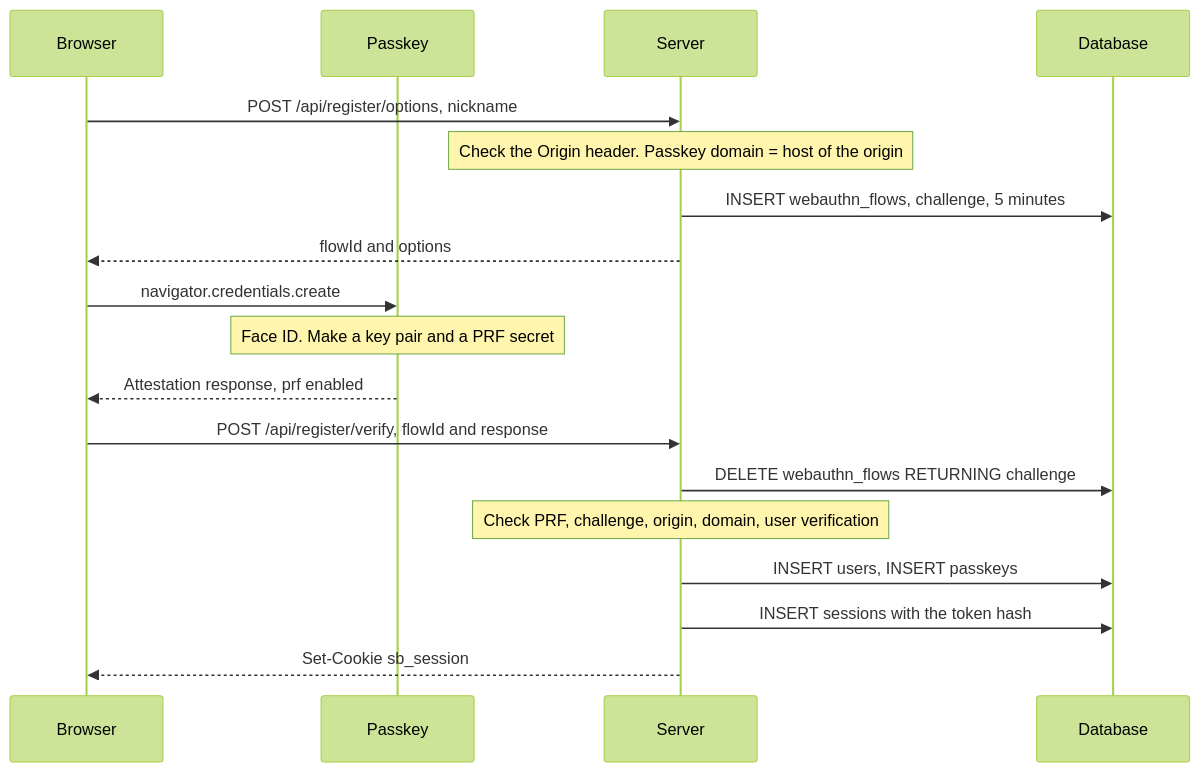
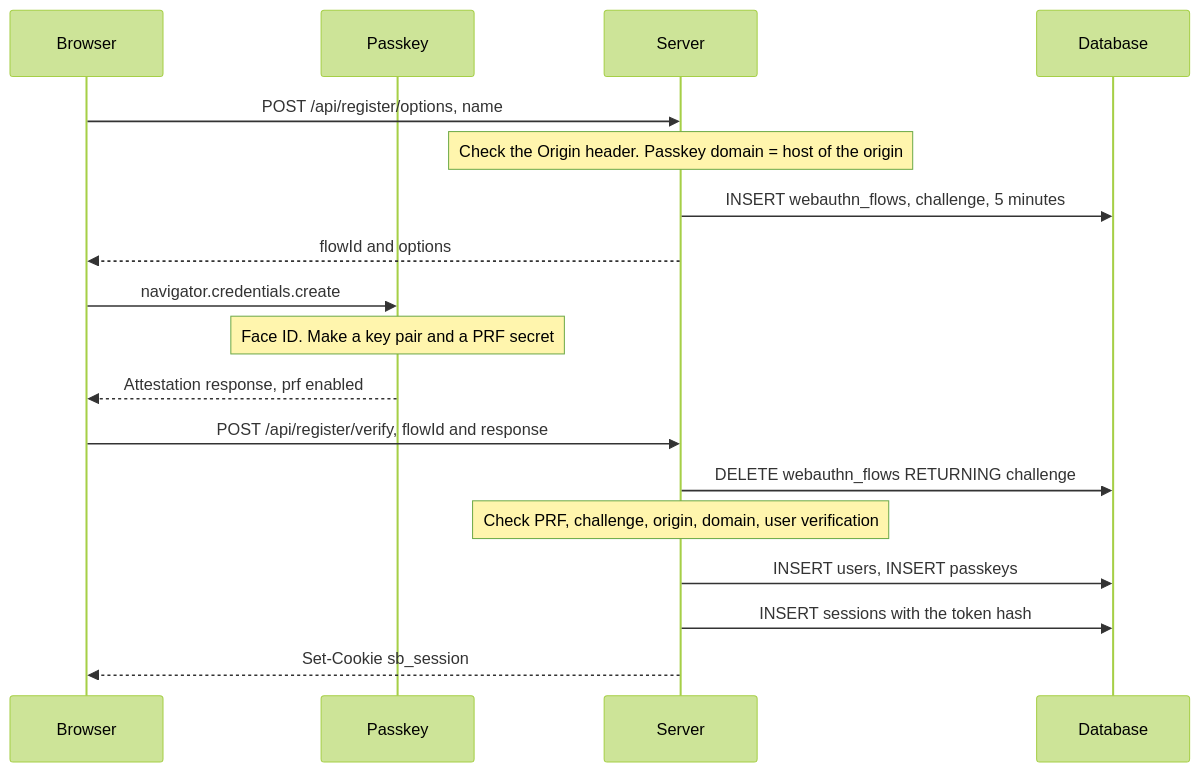
One commit to intaniger/secretbox changed the diagram in docs/technical/webauthn-and-sessions.md. Above: the diagram before and after it, drawn with Mermaid (forest theme). The commit also changed other lines of this file and 18 other files, not shown here.

````diff
--- a/docs/technical/webauthn-and-sessions.md
+++ b/docs/technical/webauthn-and-sessions.md
@@ -14,20 +14,20 @@
 ```mermaid
 sequenceDiagram
   participant B as Browser
   participant P as Passkey
   participant S as Server
   participant D as Database
-  B->>S: POST /api/register/options, nickname
+  B->>S: POST /api/register/options, name
   Note over S: Check the Origin header. Passkey domain = host of the origin
   S->>D: INSERT webauthn_flows, challenge, 5 minutes
   S-->>B: flowId and options
   B->>P: navigator.credentials.create
   Note over P: Face ID. Make a key pair and a PRF secret
   P-->>B: Attestation response, prf enabled
   B->>S: POST /api/register/verify, flowId and response
   S->>D: DELETE webauthn_flows RETURNING challenge
   Note over S: Check PRF, challenge, origin, domain, user verification
   S->>D: INSERT users, INSERT passkeys
   S->>D: INSERT sessions with the token hash
   S-->>B: Set-Cookie sb_session
 ```
````
